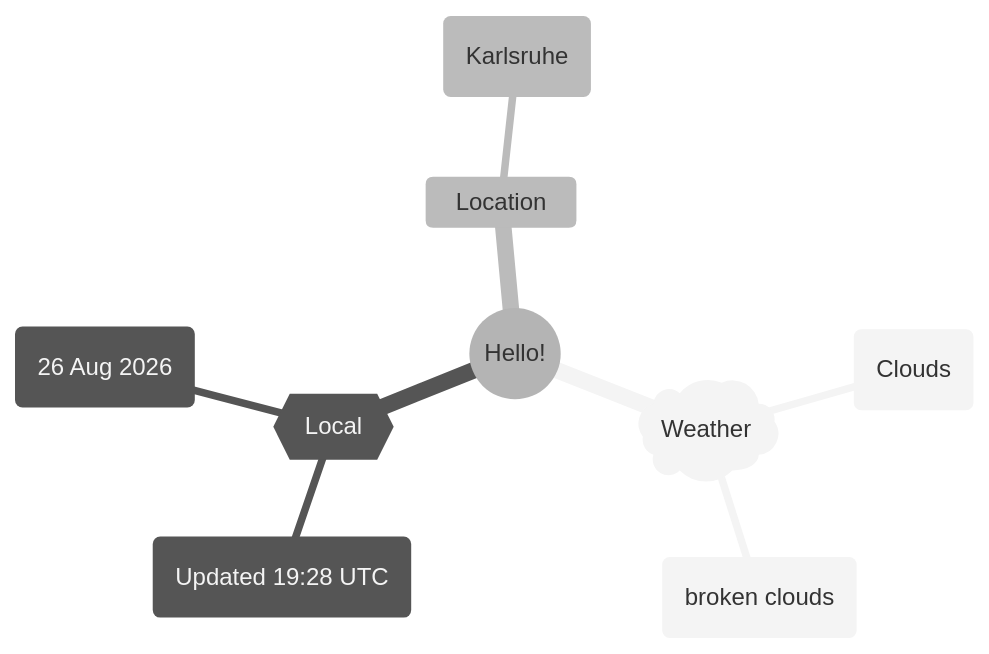
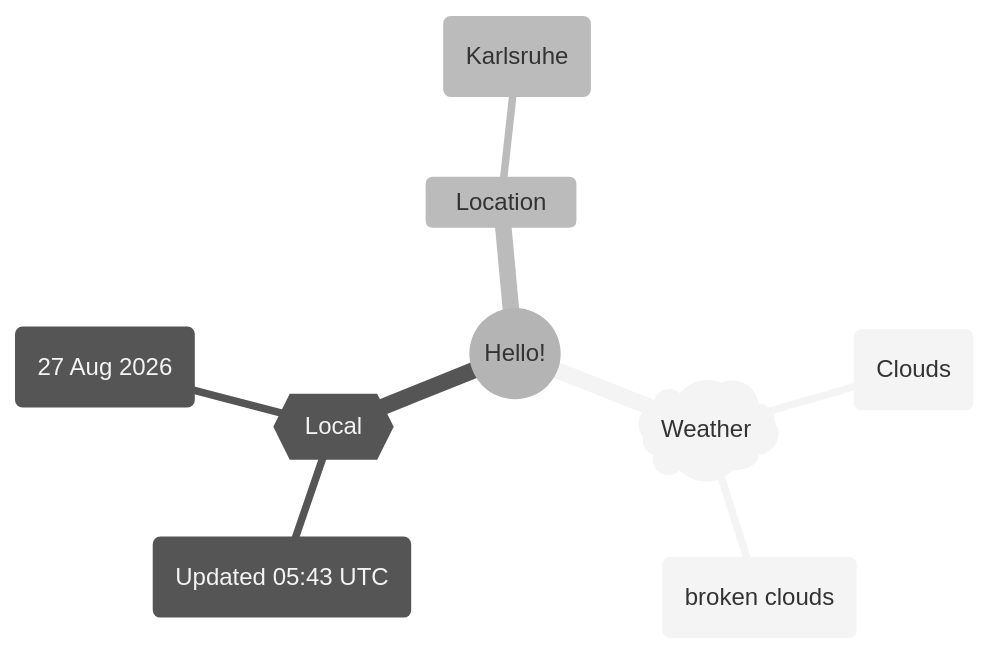
The first of 2 diagrams in README.md (Xosrov/Xosrov), drawn with Mermaid (neutral theme) before and after one commit.

Commit message:
[bot] updated images

````diff
--- a/README.md
+++ b/README.md
@@ -3,12 +3,12 @@
 ```mermaid
 mindmap
   root((Hello!))
     )Weather(
         (Clouds)
         (broken clouds)
     {{Local}}
-        (Updated 19:28 UTC)
-        (26 Aug 2026)
+        (Updated 05:43 UTC)
+        (27 Aug 2026)
     Location
         (Karlsruhe)
 ```
````
